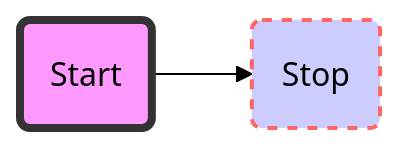
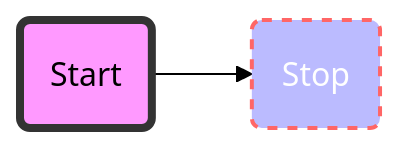
Before and after one commit to aazminu/mermaid: diagram 33 of 37 in docs/flowchart.md, drawn with Mermaid (forest theme). The commit also changed other lines of this file and 3 other files, not shown here.

Commit message:
#487 Set text color for flowchart nodes according to style definitions

````diff
--- a/docs/flowchart.md
+++ b/docs/flowchart.md
@@ -514,6 +514,6 @@
 ```mermaid
 graph LR
     id1(Start)-->id2(Stop)
     style id1 fill:#f9f,stroke:#333,stroke-width:4px
-    style id2 fill:#ccf,stroke:#f66,stroke-width:2px,stroke-dasharray: 5, 5
+    style id2 fill:#bbf,stroke:#f66,stroke-width:2px,color:#fff,stroke-dasharray: 5, 5
 ```
````
